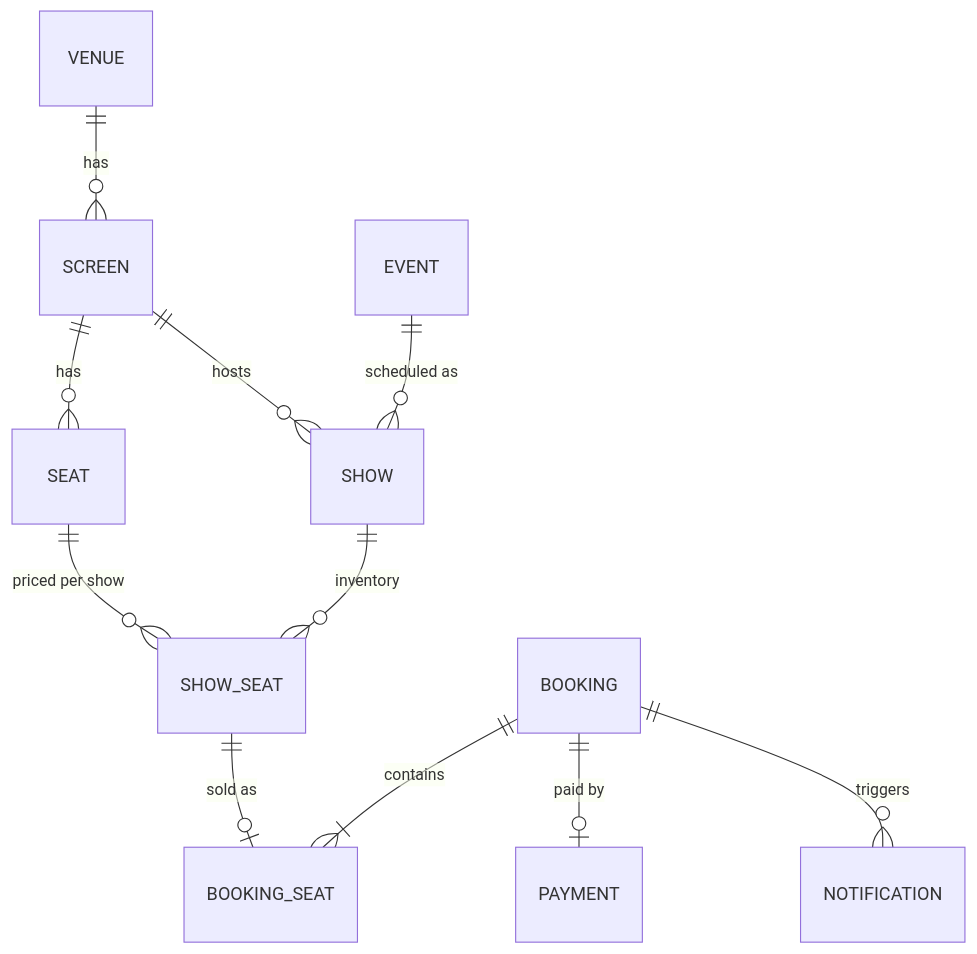
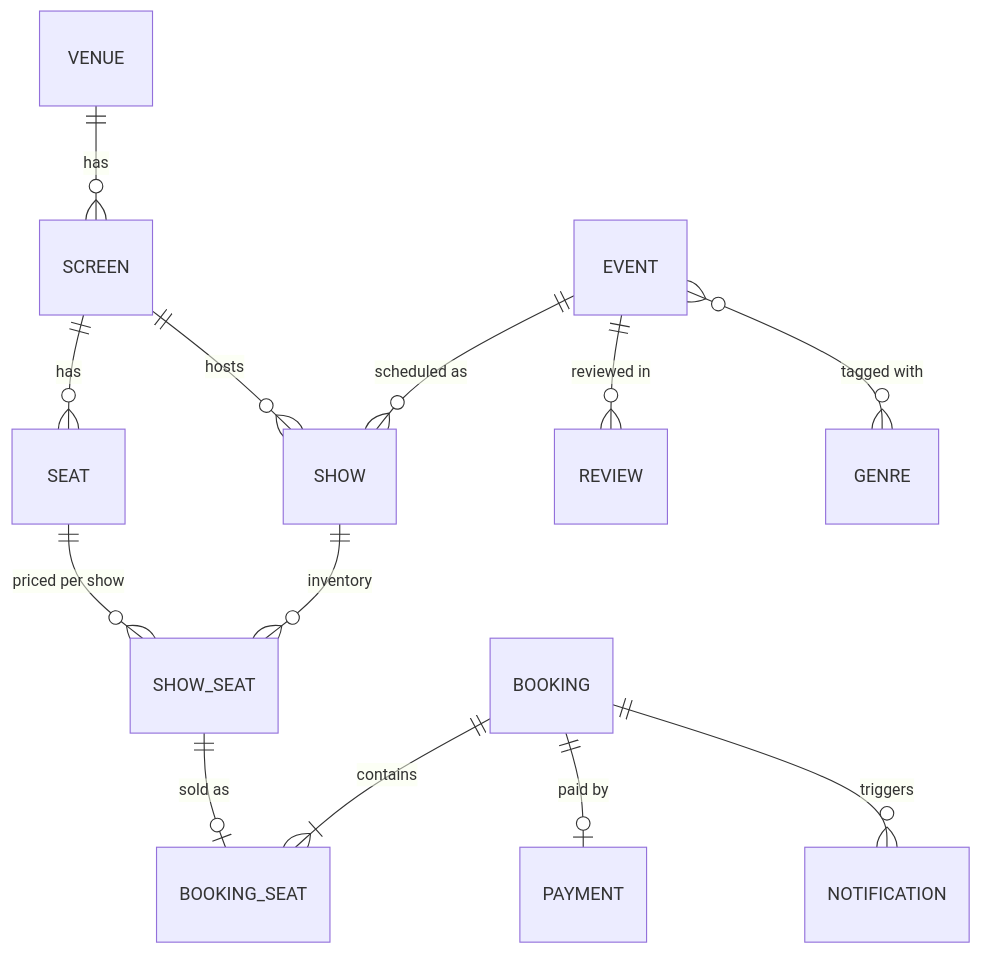
Before and after one commit to Ricky6200/learning-plan: the first of 4 diagrams in Java + Spring + Microservices + Kafka + Docker + Kubernetes/Project_TicketVerse/PROJECT_SPEC.md, drawn with Mermaid. The commit also changed other lines of this file and 215 other files, not shown here.

````diff
--- a/Java + Spring + Microservices + Kafka + Docker + Kubernetes/Project_TicketVerse/PROJECT_SPEC.md
+++ b/Java + Spring + Microservices + Kafka + Docker + Kubernetes/Project_TicketVerse/PROJECT_SPEC.md
@@ -40,13 +45,15 @@
 ```mermaid
 erDiagram
   VENUE ||--o{ SCREEN : has
   SCREEN ||--o{ SEAT : has
   EVENT ||--o{ SHOW : "scheduled as"
   SCREEN ||--o{ SHOW : hosts
   SHOW ||--o{ SHOW_SEAT : "inventory"
   SEAT ||--o{ SHOW_SEAT : "priced per show"
   BOOKING ||--|{ BOOKING_SEAT : contains
   SHOW_SEAT ||--o| BOOKING_SEAT : "sold as"
   BOOKING ||--o| PAYMENT : "paid by"
   BOOKING ||--o{ NOTIFICATION : triggers
+  EVENT ||--o{ REVIEW : "reviewed in"
+  EVENT }o--o{ GENRE : "tagged with"
 ```
````
